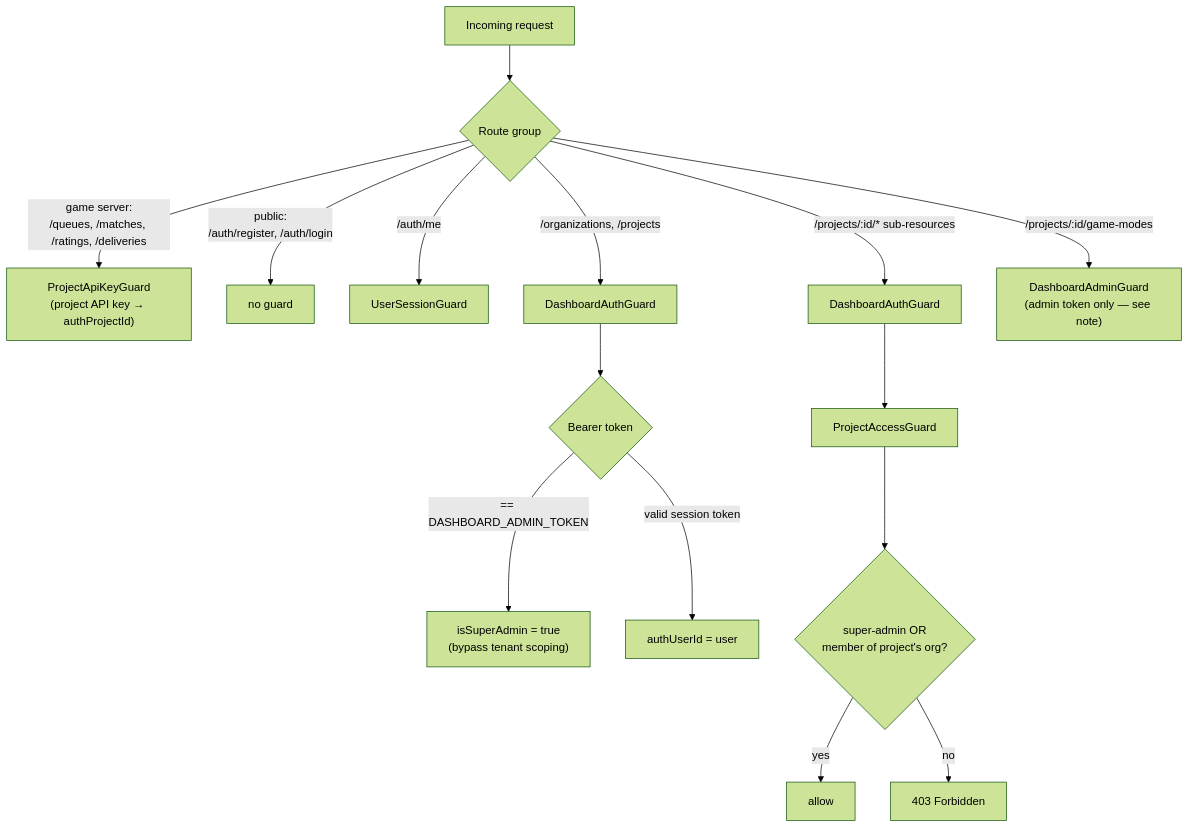
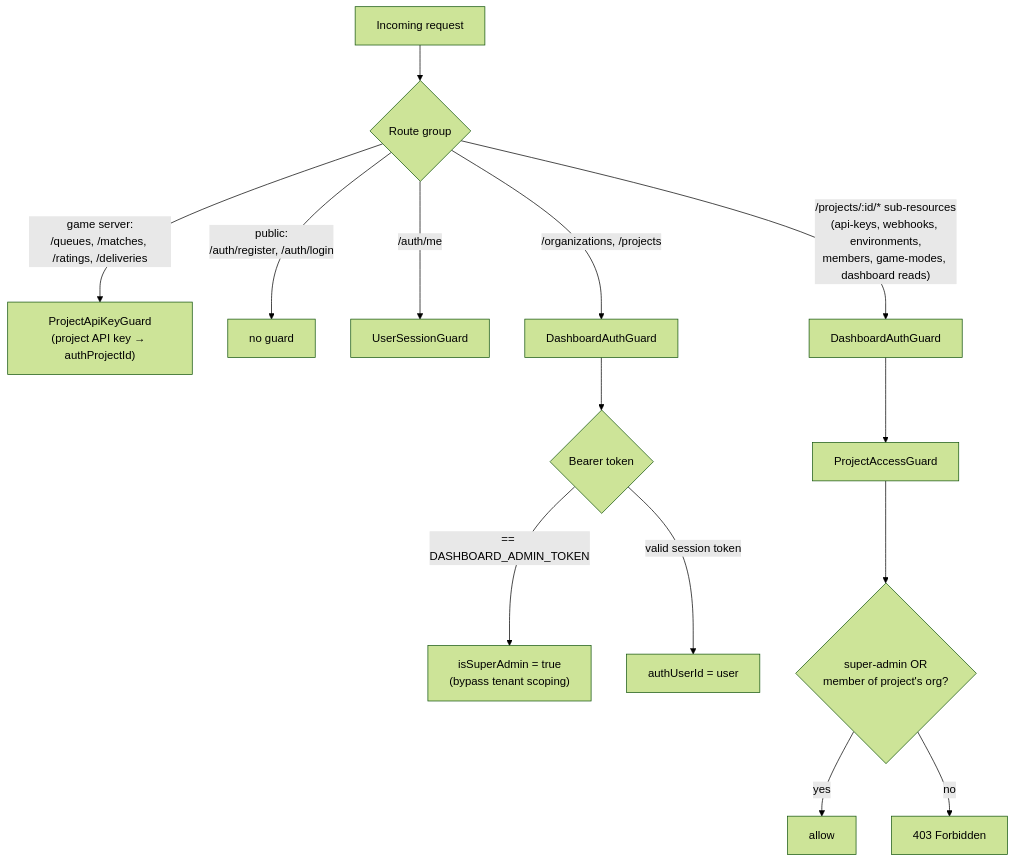
The second of 2 diagrams in docs/diagram/auth-tenancy.md (thanhnam2811/matching-man), drawn with Mermaid (forest theme) before and after one commit. The commit also changed other lines of this file and 2 other files, not shown here.

First line of the commit message:
api: membership-gate game-modes routes

````diff
--- a/docs/diagram/auth-tenancy.md
+++ b/docs/diagram/auth-tenancy.md
@@ -22,19 +22,18 @@
 ```mermaid
 flowchart TD
     Req["Incoming request"] --> Kind{"Route group"}
 
     Kind -->|"game server:<br/>/queues, /matches, /ratings, /deliveries"| PK["ProjectApiKeyGuard<br/>(project API key → authProjectId)"]
     Kind -->|"public:<br/>/auth/register, /auth/login"| Pub["no guard"]
     Kind -->|"/auth/me"| US["UserSessionGuard"]
     Kind -->|"/organizations, /projects"| DA["DashboardAuthGuard"]
-    Kind -->|"/projects/:id/* sub-resources"| DA2["DashboardAuthGuard"] --> PA["ProjectAccessGuard"]
-    Kind -->|"/projects/:id/game-modes"| ADM["DashboardAdminGuard<br/>(admin token only — see note)"]
+    Kind -->|"/projects/:id/* sub-resources<br/>(api-keys, webhooks, environments,<br/>members, game-modes, dashboard reads)"| DA2["DashboardAuthGuard"] --> PA["ProjectAccessGuard"]
 
     DA --> Tok{"Bearer token"}
     Tok -->|"== DASHBOARD_ADMIN_TOKEN"| SA["isSuperAdmin = true<br/>(bypass tenant scoping)"]
     Tok -->|"valid session token"| UU["authUserId = user"]
 
     PA --> Mem{"super-admin OR<br/>member of project's org?"}
     Mem -->|yes| OK["allow"]
     Mem -->|no| F["403 Forbidden"]
 ```
````
